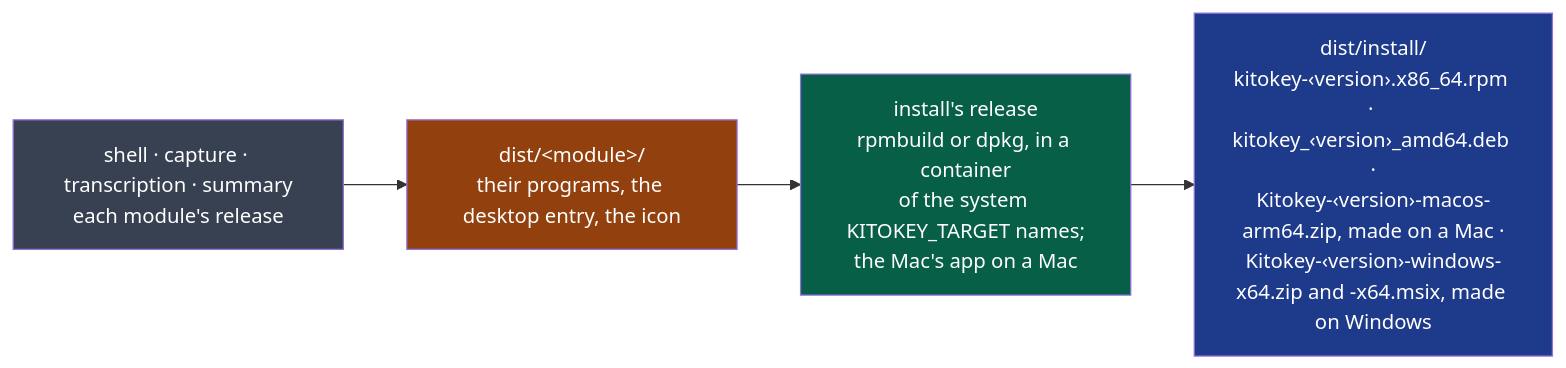
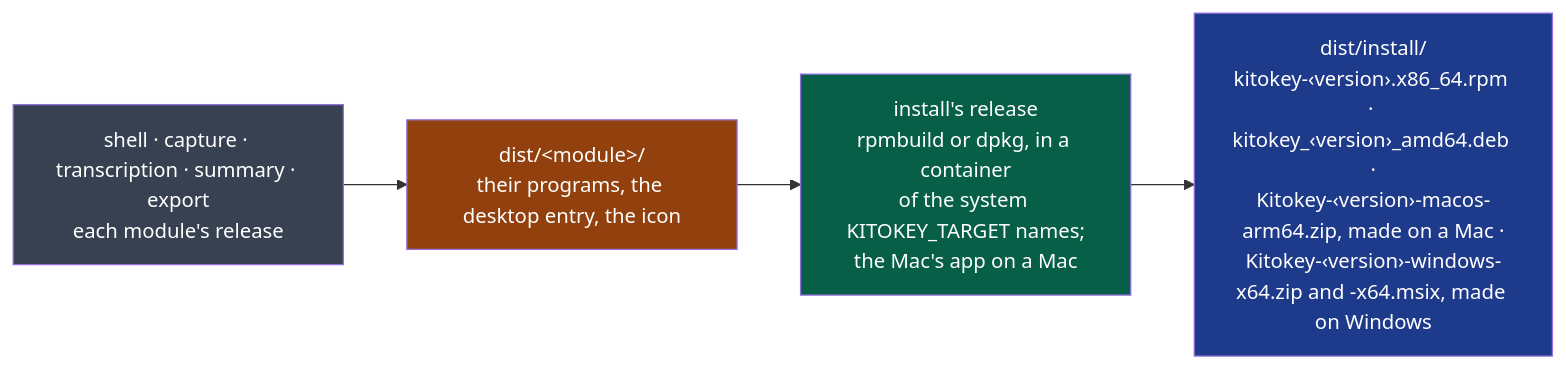
The first of 3 diagrams in modules/install/README.md (NapkinStack/kitokey), drawn with Mermaid before and after one commit. The commit also changed other lines of this file and 17 other files, not shown here.

First line of the commit message:
D108 — install: kitokey-export in every package, beside the other four programs (#1047)

````diff
--- a/modules/install/README.md
+++ b/modules/install/README.md
@@ -6,10 +6,10 @@
 ```mermaid
 flowchart LR
-    M["shell · capture · transcription · summary<br/>each module's release"]:::mod --> D["dist/&lt;module&gt;/<br/>their programs, the desktop entry, the icon"]:::art
+    M["shell · capture · transcription · summary · export<br/>each module's release"]:::mod --> D["dist/&lt;module&gt;/<br/>their programs, the desktop entry, the icon"]:::art
     D --> B["install's release<br/>rpmbuild or dpkg, in a container<br/>of the system KITOKEY_TARGET names;<br/>the Mac's app on a Mac"]:::this
     B --> R["dist/install/<br/>kitokey-‹version›.x86_64.rpm · kitokey_‹version›_amd64.deb ·<br/>Kitokey-‹version›-macos-arm64.zip, made on a Mac ·<br/>Kitokey-‹version›-windows-x64.zip and -x64.msix, made on Windows"]:::out
     classDef mod fill:#374151,color:#fff
     classDef art fill:#92400e,color:#fff
     classDef this fill:#065f46,color:#fff
     classDef out fill:#1e3a8a,color:#fff
 ```
````
